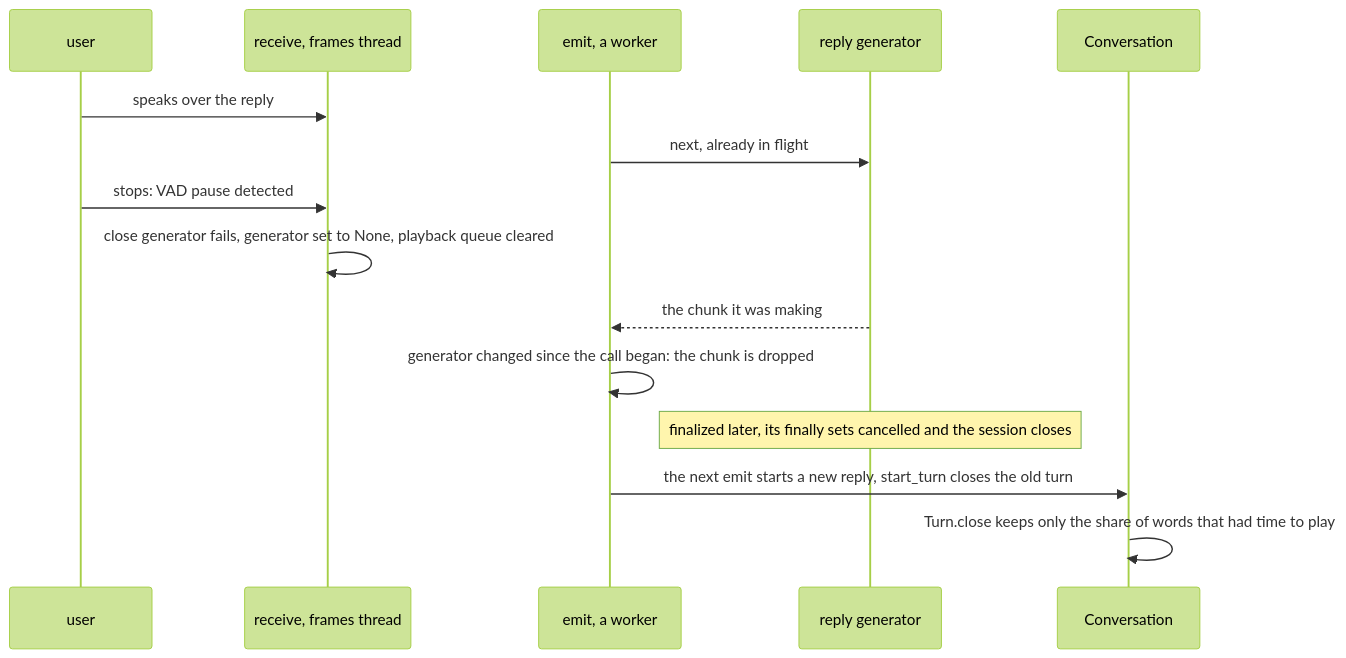
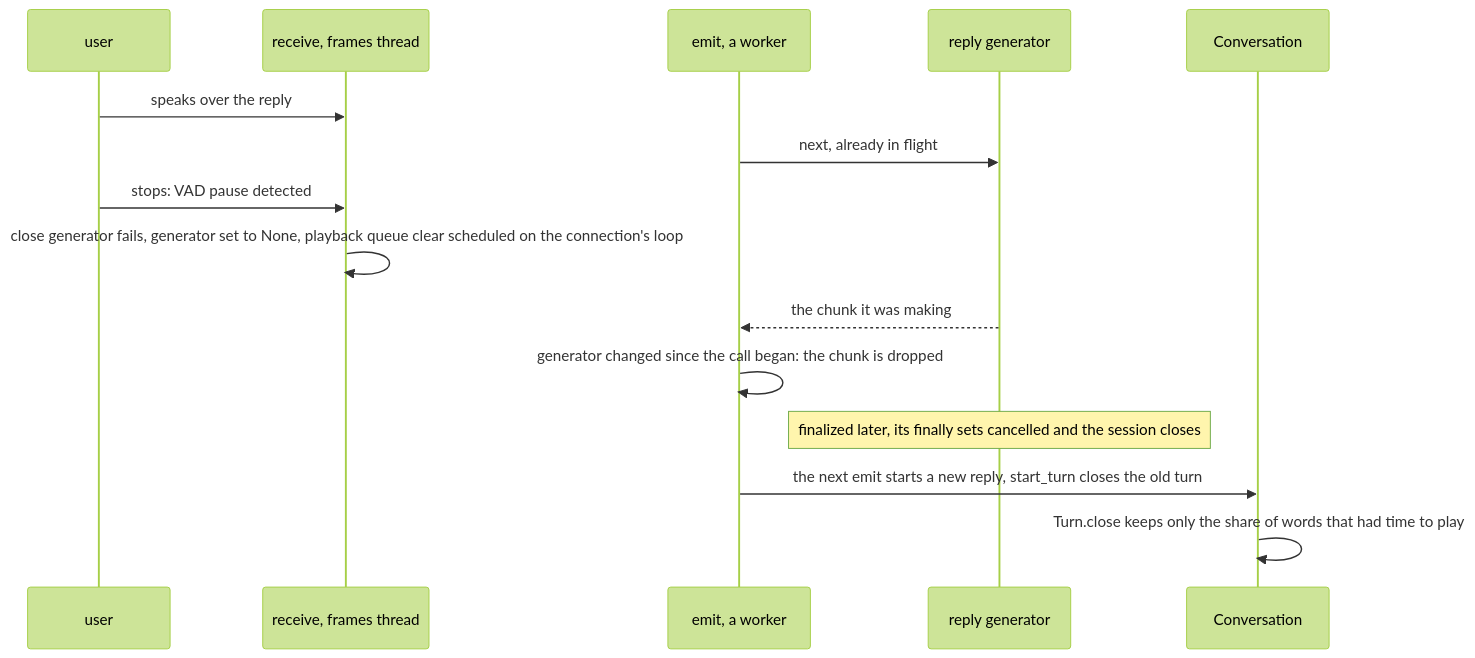
Before and after one commit to ranacseruet/vaice: diagram 11 of 11 in docs/architecture.md, drawn with Mermaid (forest theme). The commit also changed other lines of this file and 5 other files, not shown here.

First line of the commit message:
Clear fastrtc's playback queue on the connection's event loop (#152)

````diff
--- a/docs/architecture.md
+++ b/docs/architecture.md
@@ -454,17 +454,17 @@
 ```mermaid
 sequenceDiagram
   participant U as user
   participant RX as receive, frames thread
   participant EM as emit, a worker
   participant G as reply generator
   participant C as Conversation
   U->>RX: speaks over the reply
   EM->>G: next, already in flight
   U->>RX: stops: VAD pause detected
-  RX->>RX: close generator fails, generator set to None, playback queue cleared
+  RX->>RX: close generator fails, generator set to None, playback queue clear scheduled on the connection's loop
   G-->>EM: the chunk it was making
   EM->>EM: generator changed since the call began: the chunk is dropped
   Note over G: finalized later, its finally sets cancelled and the session closes
   EM->>C: the next emit starts a new reply, start_turn closes the old turn
   C->>C: Turn.close keeps only the share of words that had time to play
 ```
````
